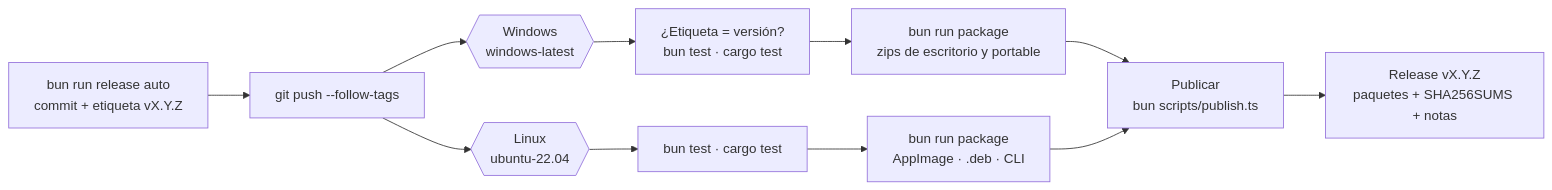
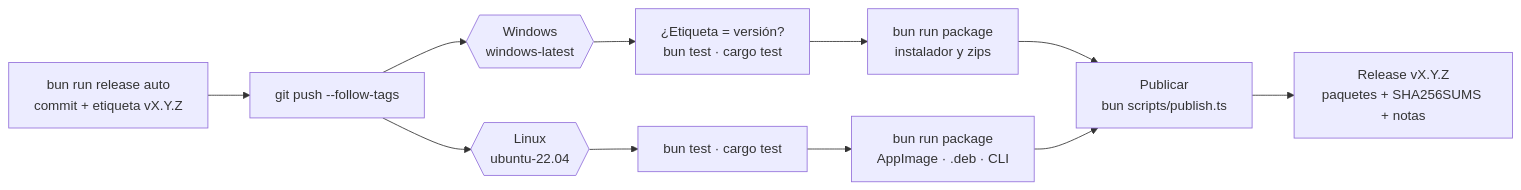
Before and after one commit to hernansp08-hub/TesseraFS: the diagram in docs/VERSIONES.md, drawn with Mermaid. The commit also changed other lines of this file and 28 other files, not shown here.

````diff
--- a/docs/VERSIONES.md
+++ b/docs/VERSIONES.md
@@ -75,13 +75,13 @@
 ```mermaid
 flowchart LR
     R["bun run release auto<br/>commit + etiqueta vX.Y.Z"] --> P["git push --follow-tags"]
     P --> W{{"Windows<br/>windows-latest"}}
     P --> L{{"Linux<br/>ubuntu-22.04"}}
     W --> WT["¿Etiqueta = versión?<br/>bun test · cargo test"]
-    WT --> WB["bun run package<br/>zips de escritorio y portable"]
+    WT --> WB["bun run package<br/>instalador y zips"]
     L --> LT["bun test · cargo test"]
     LT --> LB["bun run package<br/>AppImage · .deb · CLI"]
     WB --> J["Publicar<br/>bun scripts/publish.ts"]
     LB --> J
     J --> G["Release vX.Y.Z<br/>paquetes + SHA256SUMS + notas"]
 ```
````
